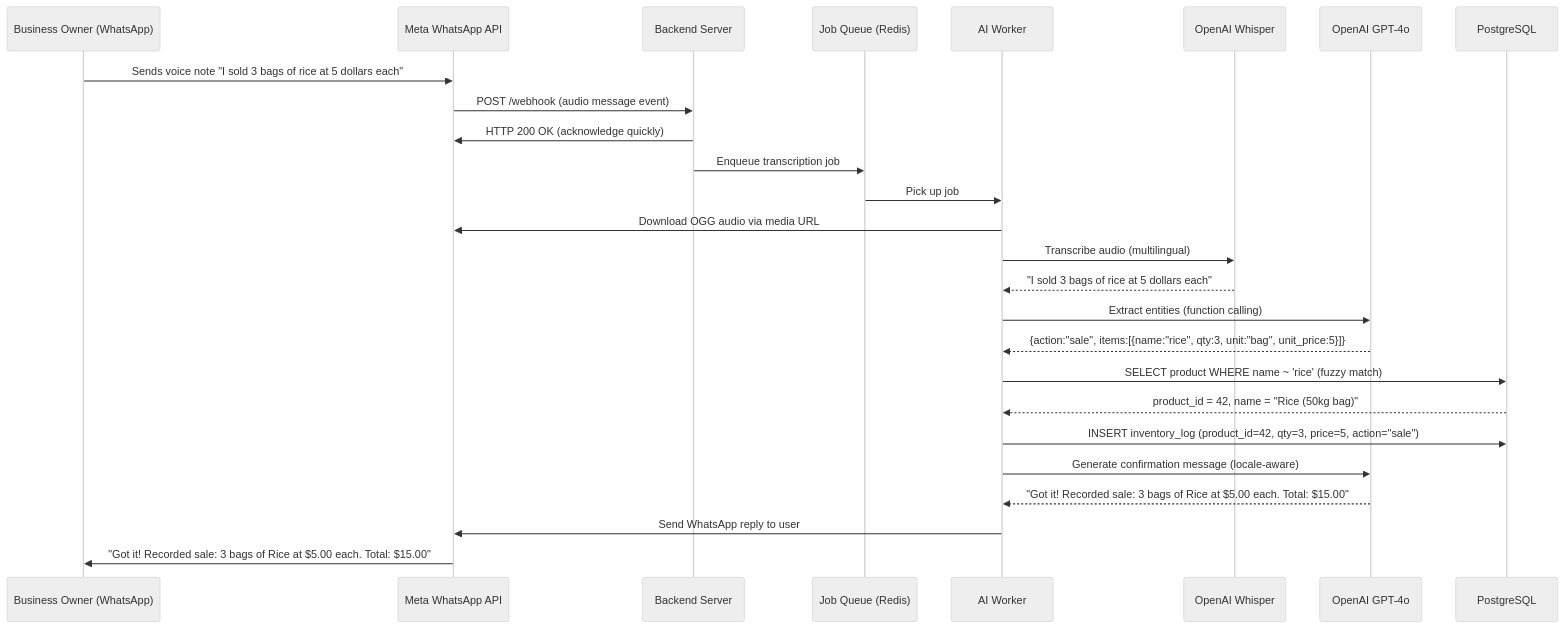
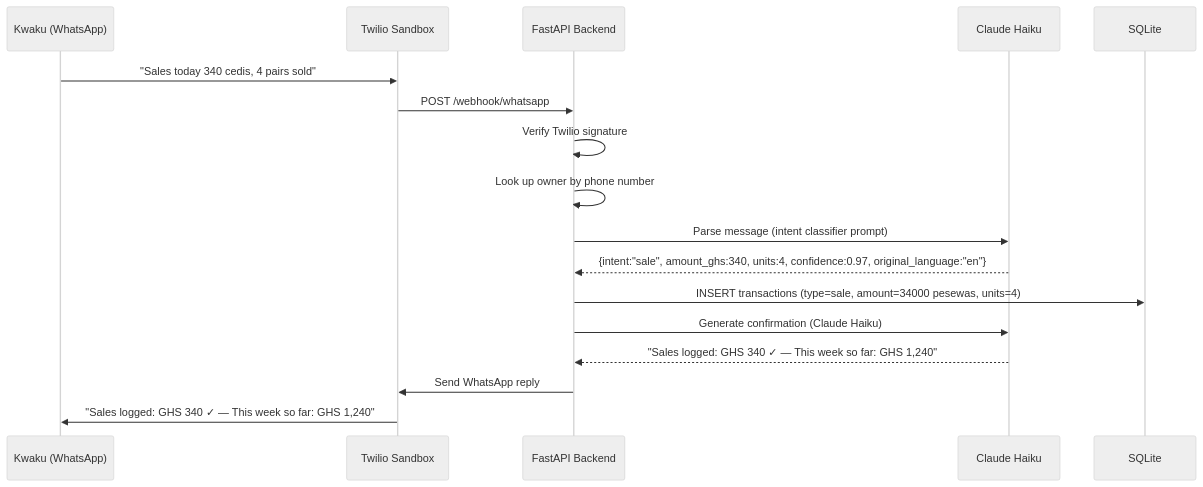
One commit to apakou/visible changed the second of 4 diagrams in README.md. Above: the diagram before and after it, drawn with Mermaid (neutral theme). The commit also changed other lines of this file, not shown here.

````diff
--- a/README.md
+++ b/README.md
@@ -149,34 +150,20 @@
 ```mermaid
 sequenceDiagram
-    participant U as Business Owner (WhatsApp)
-    participant WA as Meta WhatsApp API
-    participant API as Backend Server
-    participant Q as Job Queue (Redis)
-    participant W as AI Worker
-    participant Whisper as OpenAI Whisper
-    participant GPT as OpenAI GPT-4o
-    participant PG as PostgreSQL
+    participant K as Kwaku (WhatsApp)
+    participant TW as Twilio Sandbox
+    participant API as FastAPI Backend
+    participant CL as Claude Haiku
+    participant DB as SQLite
 
-    U->>WA: Sends voice note "I sold 3 bags of rice at 5 dollars each"
-    WA->>API: POST /webhook (audio message event)
-    API->>WA: HTTP 200 OK (acknowledge quickly)
-    API->>Q: Enqueue transcription job
-
-    Q->>W: Pick up job
-    W->>WA: Download OGG audio via media URL
-    W->>Whisper: Transcribe audio (multilingual)
-    Whisper-->>W: "I sold 3 bags of rice at 5 dollars each"
-
-    W->>GPT: Extract entities (function calling)
-    GPT-->>W: {action:"sale", items:[{name:"rice", qty:3, unit:"bag", unit_price:5}]}
-
-    W->>PG: SELECT product WHERE name ~ 'rice' (fuzzy match)
-    PG-->>W: product_id = 42, name = "Rice (50kg bag)"
-
-    W->>PG: INSERT inventory_log (product_id=42, qty=3, price=5, action="sale")
-    W->>GPT: Generate confirmation message (locale-aware)
-    GPT-->>W: "Got it! Recorded sale: 3 bags of Rice at $5.00 each. Total: $15.00"
-
-    W->>WA: Send WhatsApp reply to user
-    WA->>U: "Got it! Recorded sale: 3 bags of Rice at $5.00 each. Total: $15.00"
+    K->>TW: "Sales today 340 cedis, 4 pairs sold"
+    TW->>API: POST /webhook/whatsapp
+    API->>API: Verify Twilio signature
+    API->>API: Look up owner by phone number
+    API->>CL: Parse message (intent classifier prompt)
+    CL-->>API: {intent:"sale", amount_ghs:340, units:4, confidence:0.97, original_language:"en"}
+    API->>DB: INSERT transactions (type=sale, amount=34000 pesewas, units=4)
+    API->>CL: Generate confirmation (Claude Haiku)
+    CL-->>API: "Sales logged: GHS 340 ✓ — This week so far: GHS 1,240"
+    API->>TW: Send WhatsApp reply
+    TW->>K: "Sales logged: GHS 340 ✓ — This week so far: GHS 1,240"
 ```
````
